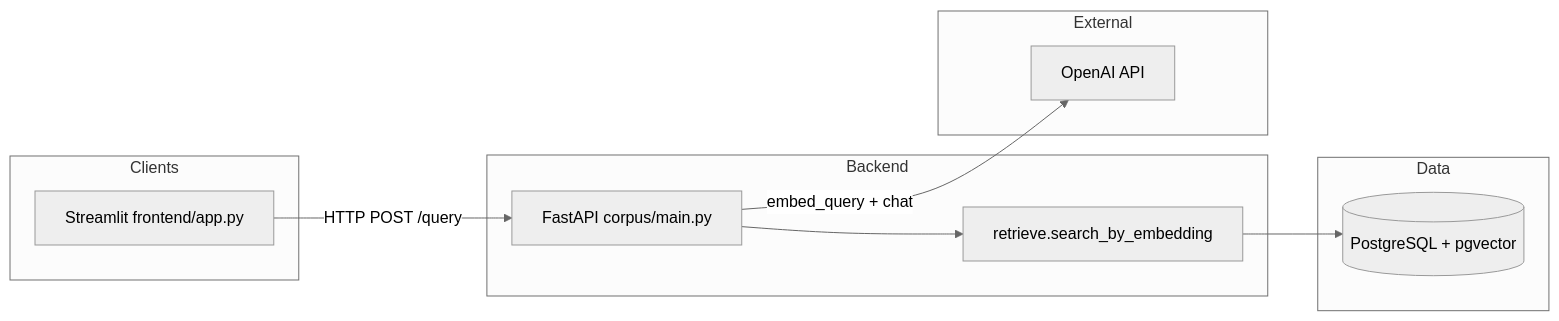
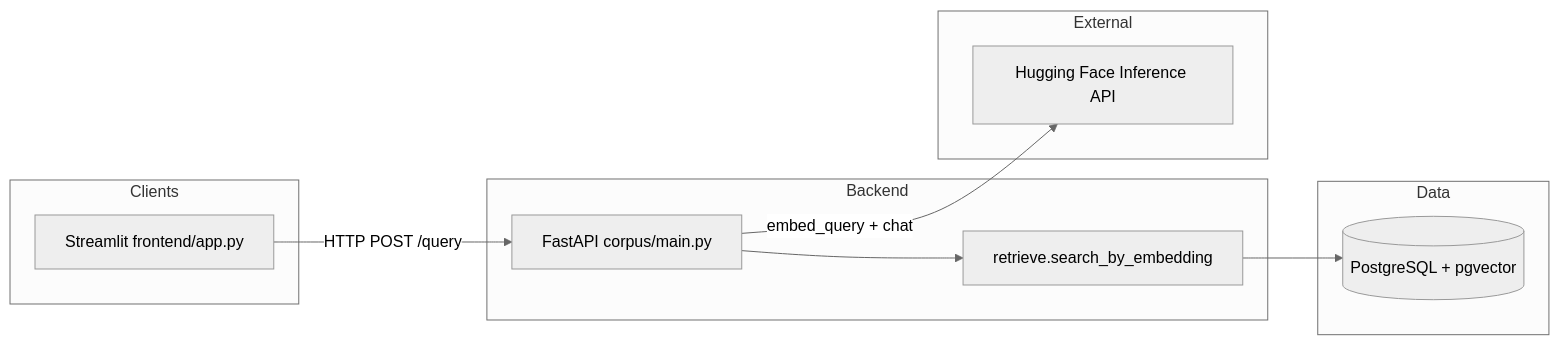
Before and after one commit to mattburnett-repo/chat-mvp: the first of 3 diagrams in docs/architecture-overview.md, drawn with Mermaid (neutral theme). The commit also changed other lines of this file and 13 other files, not shown here.

````diff
--- a/docs/architecture-overview.md
+++ b/docs/architecture-overview.md
@@ -7,20 +7,20 @@
 ```mermaid
 flowchart LR
   subgraph Clients
     UI[Streamlit frontend/app.py]
   end
   subgraph Backend
     API[FastAPI corpus/main.py]
     RET[retrieve.search_by_embedding]
   end
   subgraph Data
     PG[(PostgreSQL + pgvector)]
   end
   subgraph External
-    OAI[OpenAI API]
+    HF[Hugging Face Inference API]
   end
   UI -->|HTTP POST /query| API
   API --> RET
   RET --> PG
-  API -->|embed_query + chat| OAI
+  API -->|embed_query + chat| HF
 ```
````
